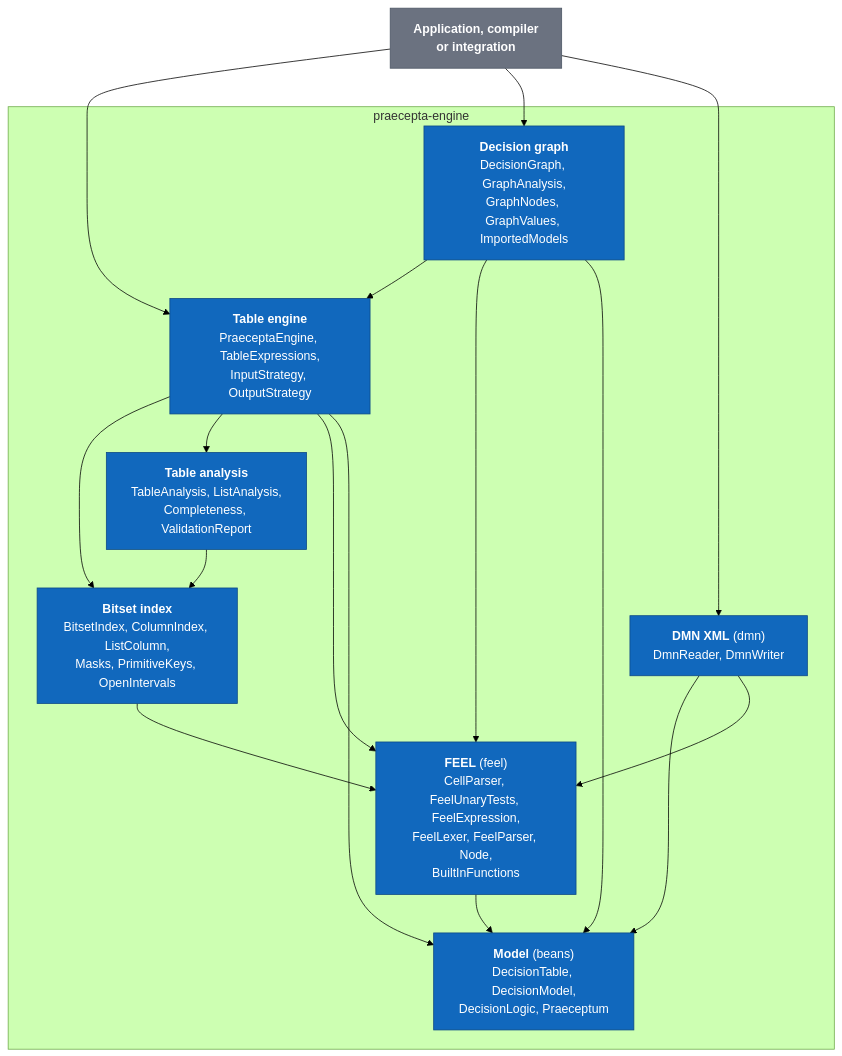
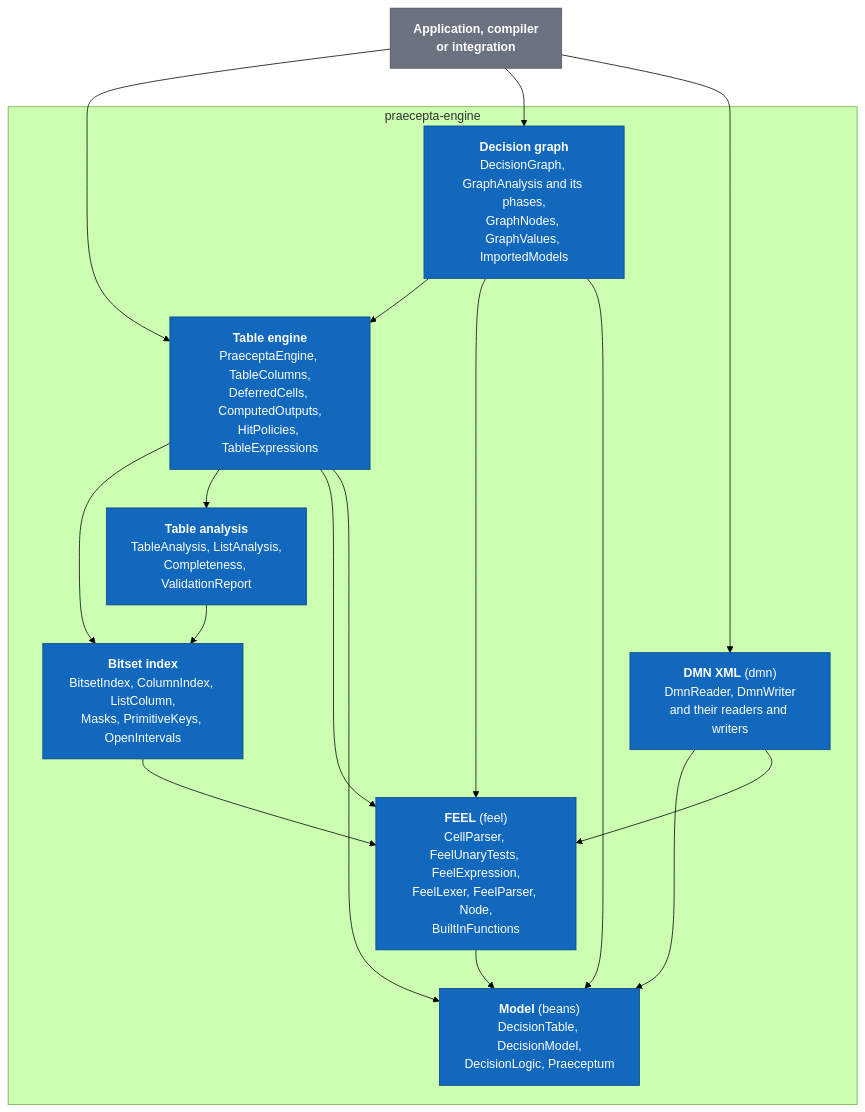
The third of 10 diagrams in docs/ARCHITECTURE.md (brunopacheco1/praecepta), drawn with Mermaid (forest theme) before and after one commit. The commit also changed other lines of this file, not shown here.

Commit message:
Point the architecture document at the classes each concern lives in

````diff
--- a/docs/ARCHITECTURE.md
+++ b/docs/ARCHITECTURE.md
@@ -127,32 +127,32 @@
 ```mermaid
 flowchart TB
     caller["<b>Application, compiler<br/>or integration</b>"]
     subgraph engine["praecepta-engine"]
-        tengine["<b>Table engine</b><br/>PraeceptaEngine, TableExpressions,<br/>InputStrategy, OutputStrategy"]
+        tengine["<b>Table engine</b><br/>PraeceptaEngine, TableColumns,<br/>DeferredCells, ComputedOutputs,<br/>HitPolicies, TableExpressions"]
         index["<b>Bitset index</b><br/>BitsetIndex, ColumnIndex, ListColumn,<br/>Masks, PrimitiveKeys, OpenIntervals"]
         analysis["<b>Table analysis</b><br/>TableAnalysis, ListAnalysis,<br/>Completeness, ValidationReport"]
-        dgraph["<b>Decision graph</b><br/>DecisionGraph, GraphAnalysis,<br/>GraphNodes, GraphValues, ImportedModels"]
+        dgraph["<b>Decision graph</b><br/>DecisionGraph, GraphAnalysis and its phases,<br/>GraphNodes, GraphValues, ImportedModels"]
         feel["<b>FEEL</b> (feel)<br/>CellParser, FeelUnaryTests, FeelExpression,<br/>FeelLexer, FeelParser, Node,<br/>BuiltInFunctions"]
-        dmn["<b>DMN XML</b> (dmn)<br/>DmnReader, DmnWriter"]
+        dmn["<b>DMN XML</b> (dmn)<br/>DmnReader, DmnWriter<br/>and their readers and writers"]
         model["<b>Model</b> (beans)<br/>DecisionTable, DecisionModel,<br/>DecisionLogic, Praeceptum"]
     end
     caller --> tengine
     caller --> dgraph
     caller --> dmn
     tengine --> index
     tengine --> analysis
     tengine --> feel
     analysis --> index
     index --> feel
     dgraph --> tengine
     dgraph --> feel
     dgraph --> model
     dmn --> model
     dmn --> feel
     feel --> model
     tengine --> model
     classDef component fill:#1168bd,stroke:#0b4884,color:#fff
     classDef ext fill:#6b7280,stroke:#4b5563,color:#fff
     class tengine,index,analysis,dgraph,feel,dmn,model component
     class caller ext
 ```
````
